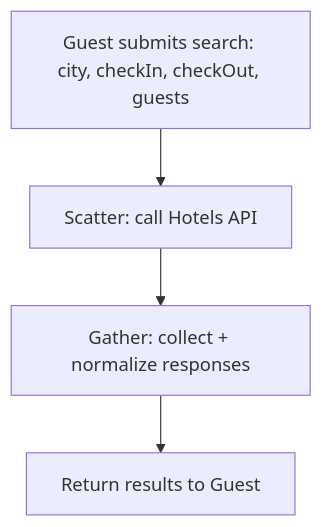
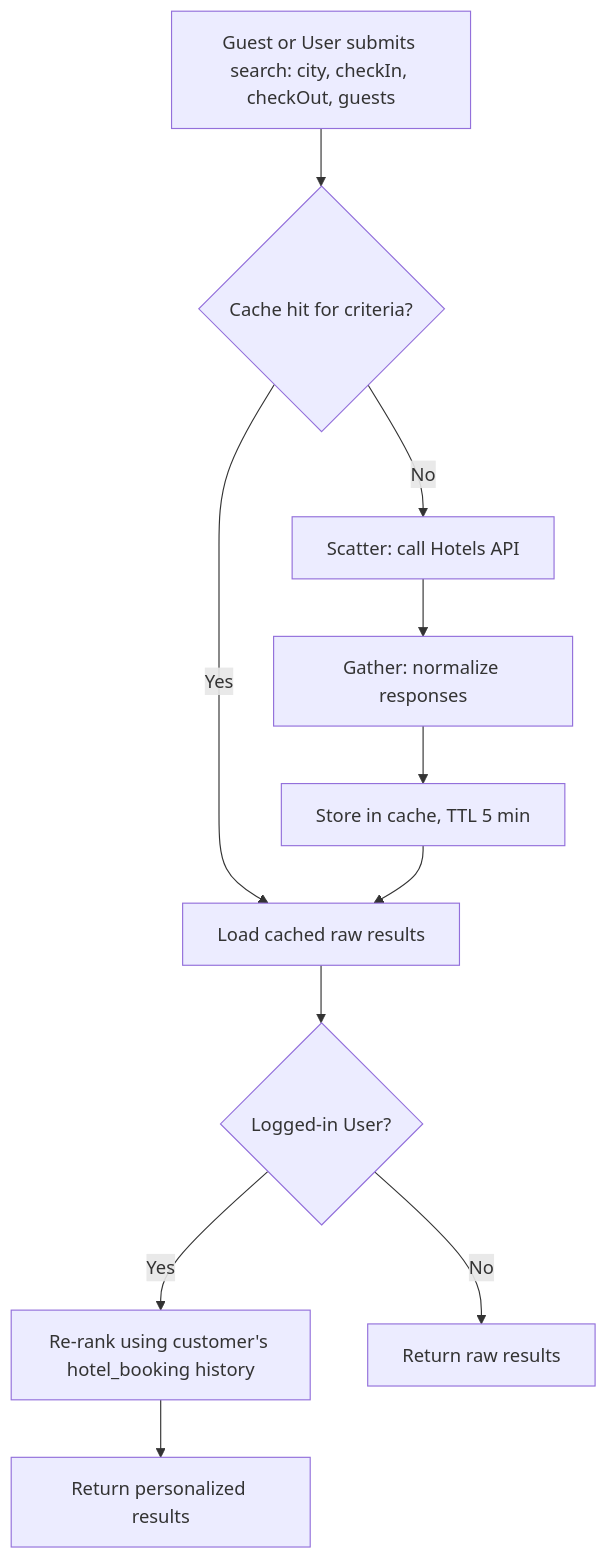
Before and after one commit to Backend-Mentor-ORG/booking: the first of 3 diagrams in diagrams/UC-01-search-hotels.md, drawn with Mermaid. The commit also changed other lines of this file and 4 other files, not shown here.

Commit message:
Enhance caching strategy for Flights and Hotels API, update use case diagrams and pseudocode for improved performance and personalization

````diff
--- a/diagrams/UC-01-search-hotels.md
+++ b/diagrams/UC-01-search-hotels.md
@@ -8,6 +11,13 @@
 ```mermaid
 flowchart TD
-  A[Guest submits search: city, checkIn, checkOut, guests] --> B[Scatter: call Hotels API]
-  B --> C[Gather: collect + normalize responses]
-  C --> D[Return results to Guest]
+  A[Guest or User submits search: city, checkIn, checkOut, guests] --> B{Cache hit for criteria?}
+  B -- Yes --> C[Load cached raw results]
+  B -- No --> D[Scatter: call Hotels API]
+  D --> E[Gather: normalize responses]
+  E --> F[Store in cache, TTL 5 min]
+  F --> C
+  C --> G{Logged-in User?}
+  G -- Yes --> H[Re-rank using customer's hotel_booking history]
+  G -- No --> I[Return raw results]
+  H --> J[Return personalized results]
 ```
````
